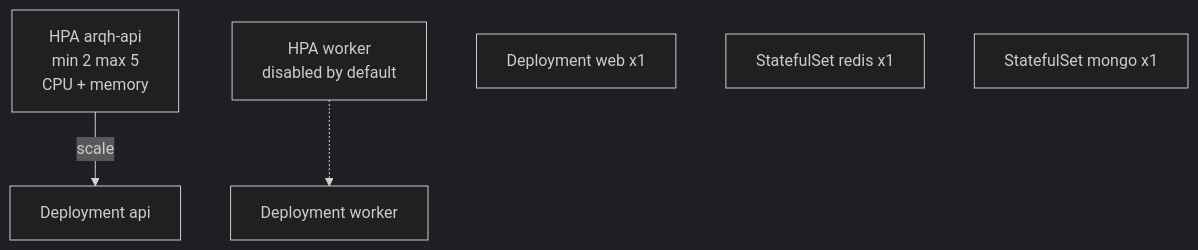
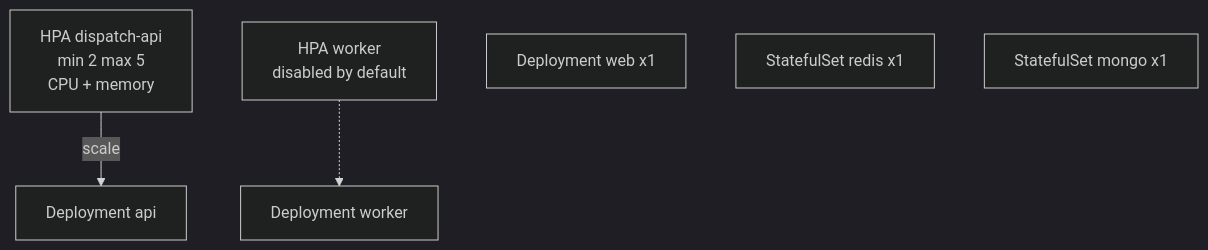
Before and after one commit to eqan/Scalable-Fleet-Dispatcher: the third of 12 diagrams in README.md, drawn with Mermaid (dark theme). The commit also changed other lines of this file and 75 other files, not shown here.

````diff
--- a/README.md
+++ b/README.md
@@ -384,9 +384,9 @@
 ```mermaid
 flowchart TB
-  HPA_A["HPA arqh-api<br/>min 2 max 5<br/>CPU + memory"] -->|scale| API["Deployment api"]
+  HPA_A["HPA dispatch-api<br/>min 2 max 5<br/>CPU + memory"] -->|scale| API["Deployment api"]
   HPA_W["HPA worker<br/>disabled by default"] -.-> WRK["Deployment worker"]
 
   WEB["Deployment web x1"]
   REDIS["StatefulSet redis x1"]
   MONGO["StatefulSet mongo x1"]
 ```
````
